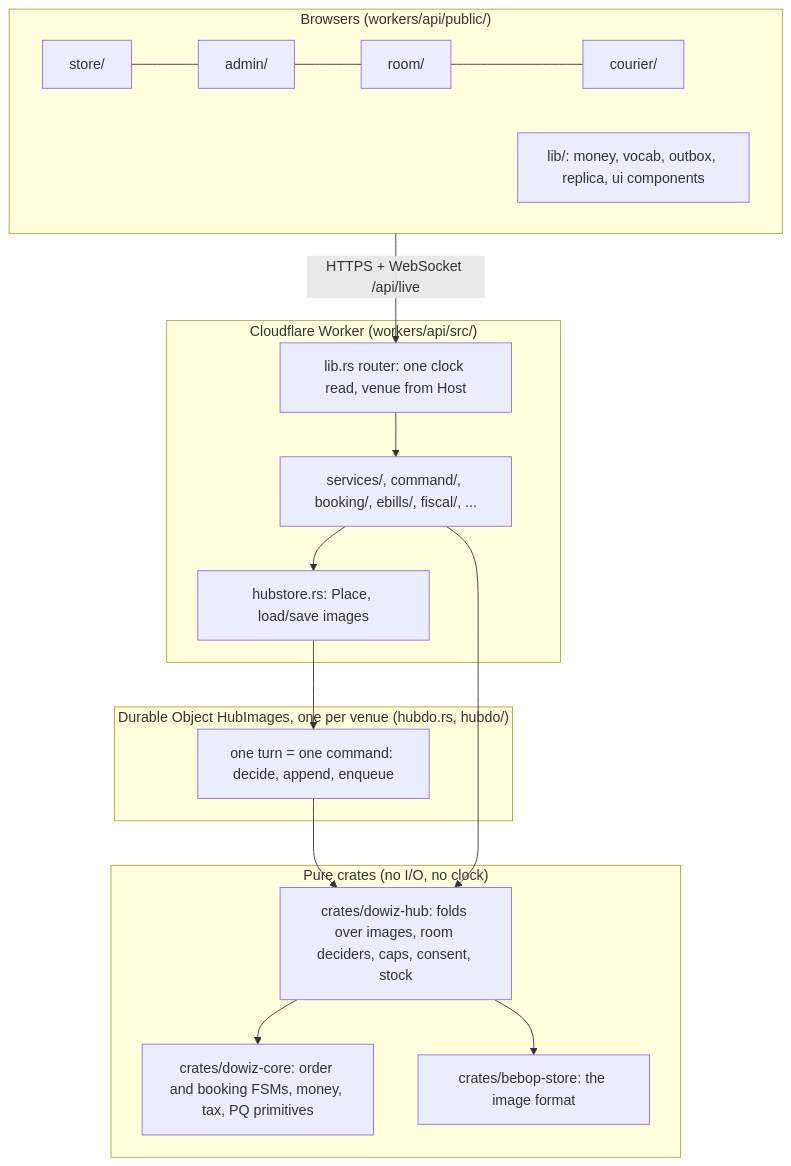
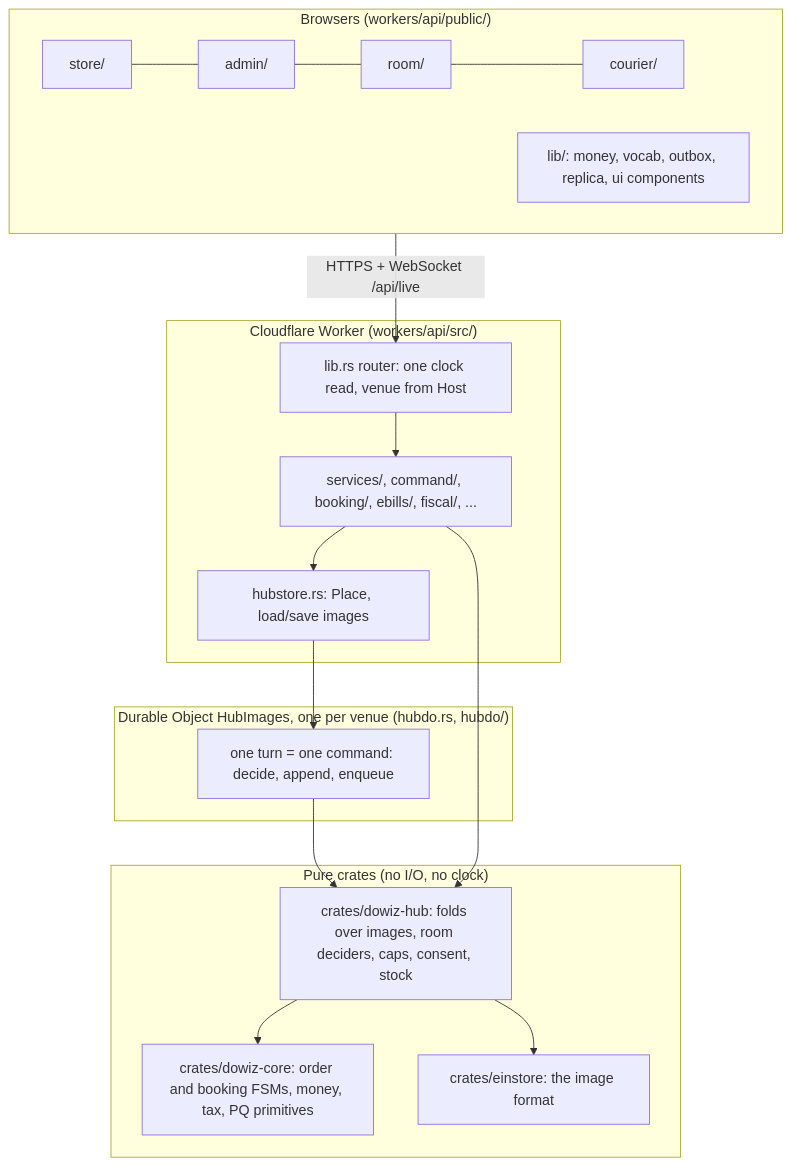
The first of 3 diagrams in docs/architecture.md (SyniakSviatoslav/dowiz), drawn with Mermaid before and after one commit. The commit also changed other lines of this file and 859 other files, not shown here.

First line of the commit message:
refactor: crates and paths bebop-* -> einfile-* / einstore, FORMAT-EINFILE-v2 (rename phase 2, W-MG-REN2)

````diff
--- a/docs/architecture.md
+++ b/docs/architecture.md
@@ -8,25 +8,25 @@
 ```mermaid
 flowchart TB
   subgraph Browser["Browsers (workers/api/public/)"]
     S[store/] --- A[admin/] --- R[room/] --- C[courier/]
     L[lib/: money, vocab, outbox, replica, ui components]
   end
   subgraph Worker["Cloudflare Worker (workers/api/src/)"]
     RT[lib.rs router: one clock read, venue from Host]
     SV[services/, command/, booking/, ebills/, fiscal/, ...]
     HS[hubstore.rs: Place, load/save images]
   end
   subgraph Object["Durable Object HubImages, one per venue (hubdo.rs, hubdo/)"]
     TURN[one turn = one command: decide, append, enqueue]
   end
   subgraph Pure["Pure crates (no I/O, no clock)"]
     HUB[crates/dowiz-hub: folds over images, room deciders, caps, consent, stock]
     CORE[crates/dowiz-core: order and booking FSMs, money, tax, PQ primitives]
-    STORE[crates/bebop-store: the image format]
+    STORE[crates/einstore: the image format]
   end
   Browser -->|HTTPS + WebSocket /api/live| RT
   RT --> SV --> HS --> TURN
   TURN --> HUB --> CORE
   HUB --> STORE
   SV --> HUB
 ```
````
